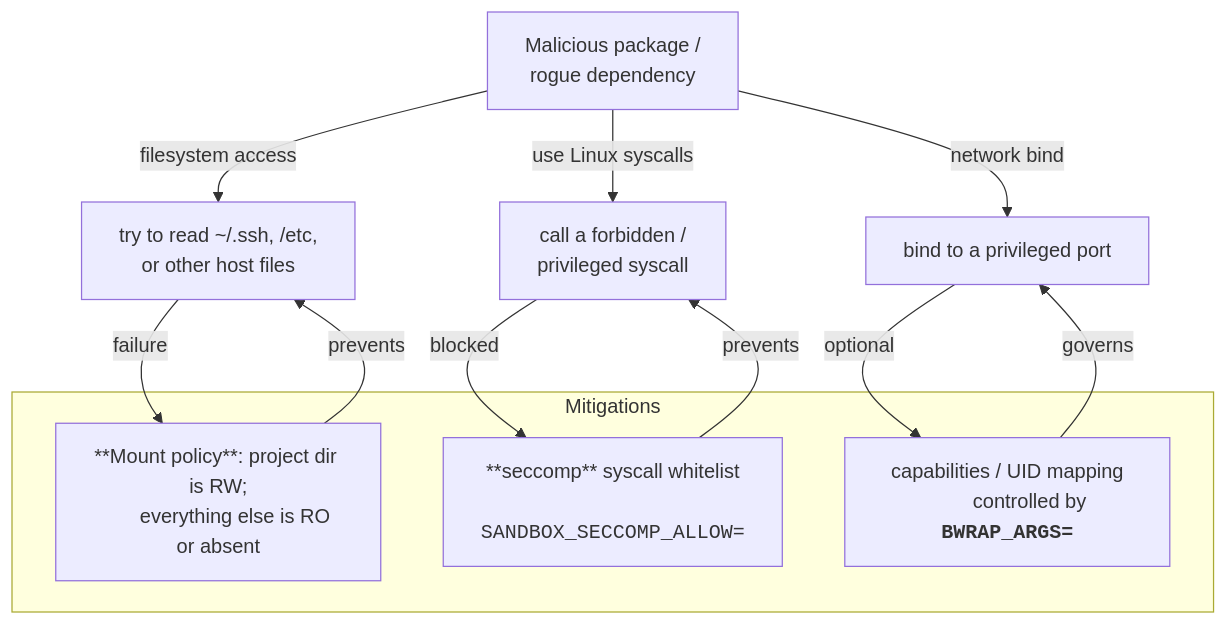
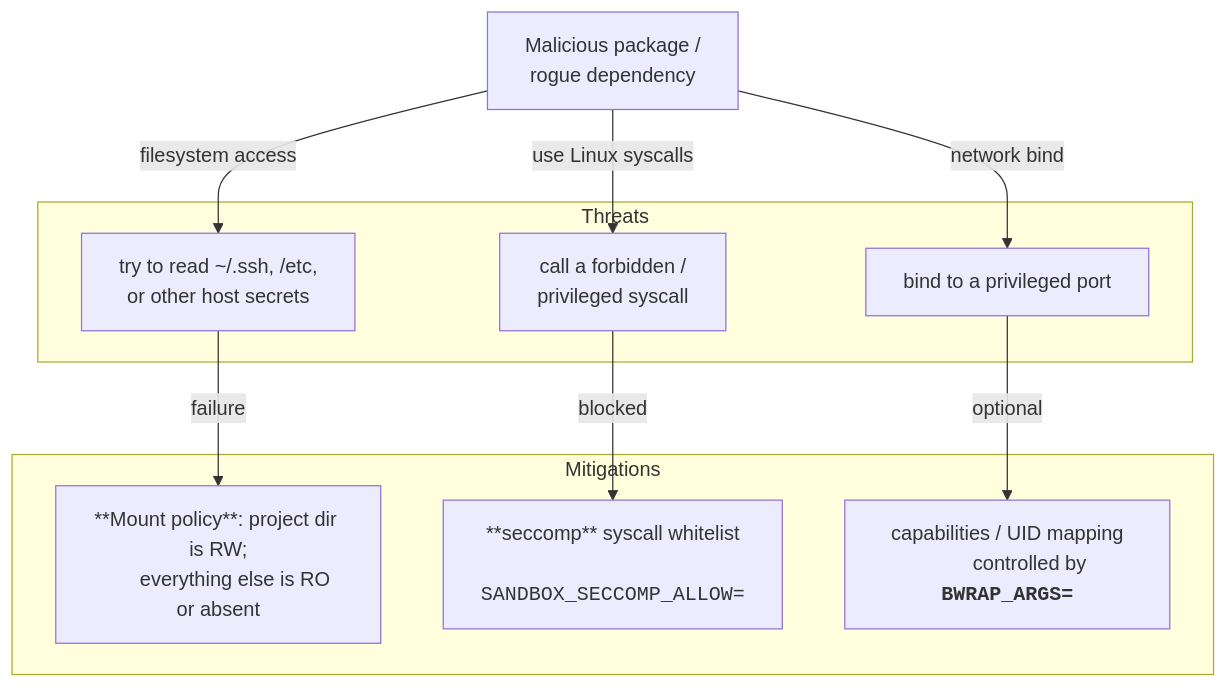
The diagram in README.md (sandbox-utils/sandbox-venv), drawn with Mermaid before and after one commit. The commit also changed other lines of this file, not shown here.

Commit message:
DOC: Readme: add sections Troubleshooting and Env Vars; fix chart

````diff
--- a/README.md
+++ b/README.md
@@ -183,26 +212,29 @@
 ```mermaid
 flowchart TB
   Attacker[Malicious package /
            rogue dependency]
-  Attacker -->|filesystem access| TryFS[try to read ~/.ssh, /etc,
-                                        or other host files]
+  Attacker -->|filesystem access| TryFS
+  Attacker -->|use Linux syscalls| TrySys
+  Attacker -->|network bind| TryNet
+
+  subgraph Threats
+    TryFS[try to read ~/.ssh, /etc,
+          or other host secrets]
+    TrySys[call a forbidden /
+           privileged syscall]
+    TryNet[bind to a privileged port]
+  end
+
   TryFS -->|failure| FS
-  Attacker -->|use Linux syscalls| TrySys[call a forbidden /
-                                          privileged syscall]
   TrySys -->|blocked| Seccomp[seccomp sandbox]
-  Attacker -->|network bind| TryNet[bind to a privileged port]
   TryNet -->|optional| Caps
 
   subgraph Mitigations
     FS[**Mount policy**: project dir is RW;
        everything else is RO or absent]
     Seccomp[**seccomp** syscall whitelist
             <code>SANDBOX_SECCOMP_ALLOW=</code>]
     Caps[capabilities / UID mapping
          controlled by <code><b>BWRAP_ARGS=</b></code>]
   end
-
-  FS -->|prevents| TryFS
-  Seccomp -->|prevents| TrySys
-  Caps -->|governs| TryNet
 ```
````
